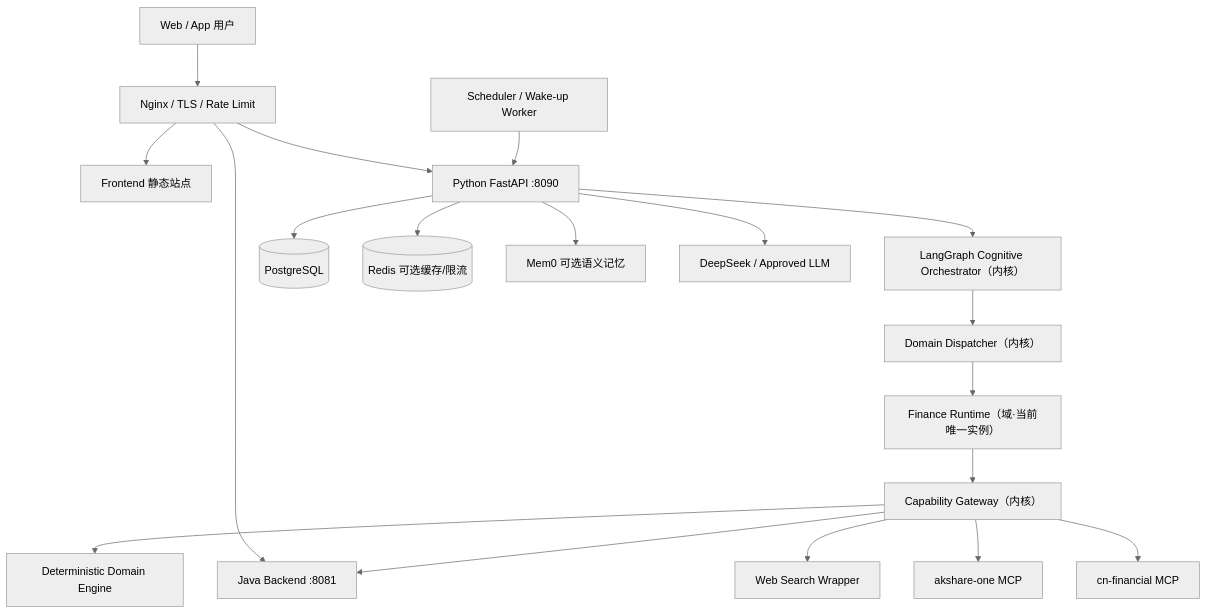
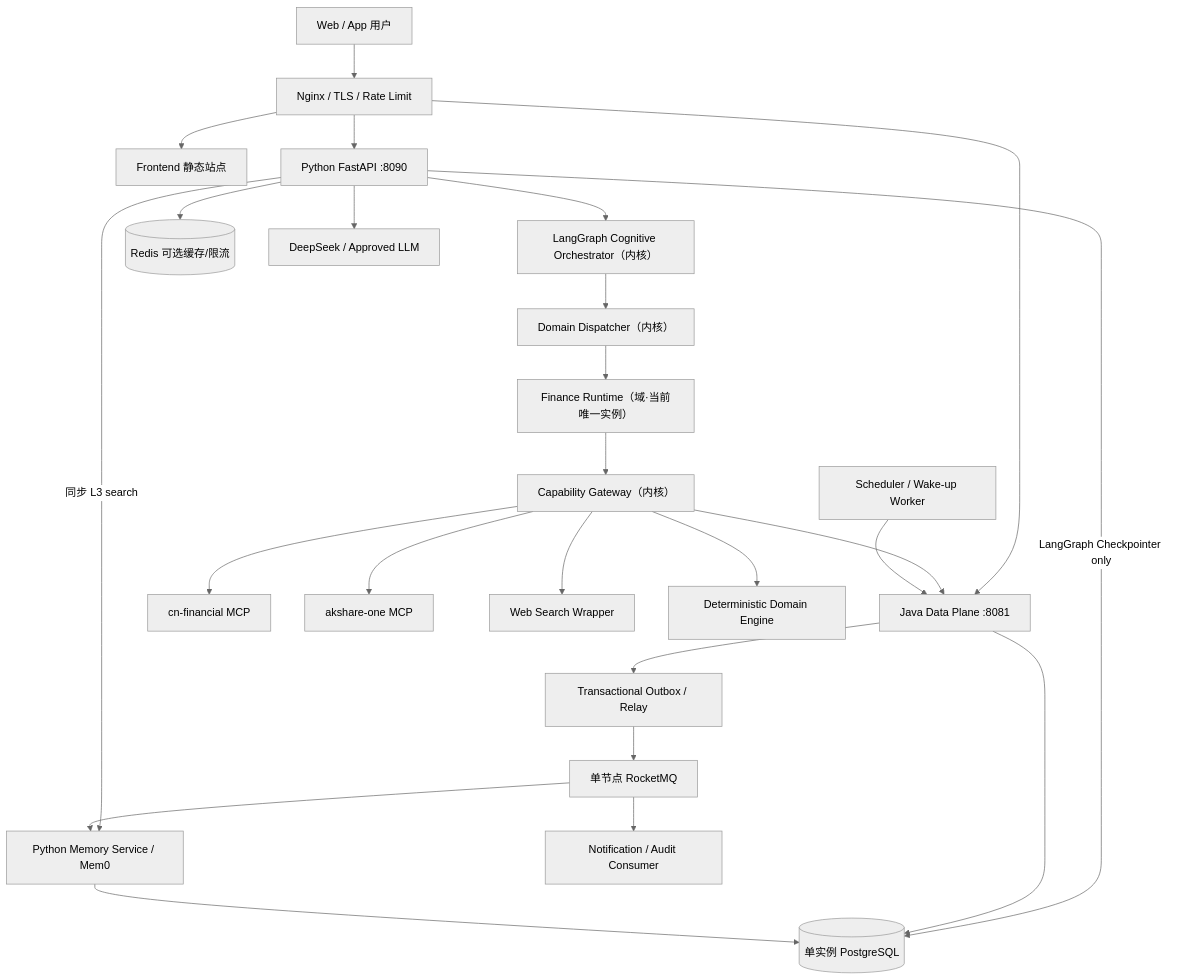
One commit to umaruyuca-cmyk/bdlhxny-agent changed the first of 3 diagrams in docs/architecture/00-BDLH-Agent-Runtime统一生产架构.md. Above: the diagram before and after it, drawn with Mermaid (neutral theme). The commit also changed other lines of this file and 38 other files, not shown here.

````diff
--- a/docs/architecture/00-BDLH-Agent-Runtime统一生产架构.md
+++ b/docs/architecture/00-BDLH-Agent-Runtime统一生产架构.md
@@ -234,25 +238,31 @@
 ```mermaid
 flowchart TB
     USER["Web / App 用户"] --> EDGE["Nginx / TLS / Rate Limit"]
     EDGE --> FE["Frontend 静态站点"]
     EDGE --> PYAPI["Python FastAPI :8090"]
-    EDGE --> JAVA["Java Backend :8081"]
+    EDGE --> JAVA["Java Data Plane :8081"]
 
     PYAPI --> COG["LangGraph Cognitive Orchestrator（内核）"]
     COG --> DISP["Domain Dispatcher（内核）"]
     DISP --> FIN["Finance Runtime（域·当前唯一实例）"]
     FIN --> CAP["Capability Gateway（内核）"]
 
     CAP --> MCP1["cn-financial MCP"]
     CAP --> MCP2["akshare-one MCP"]
     CAP --> SEARCH["Web Search Wrapper"]
     CAP --> JAVA
     CAP --> ENGINE["Deterministic Domain Engine"]
 
-    PYAPI --> PG[("PostgreSQL")]
+    PYAPI -->|"LangGraph Checkpointer only"| PG[("单实例 PostgreSQL")]
     PYAPI --> REDIS[("Redis 可选缓存/限流")]
-    PYAPI --> MEM["Mem0 可选语义记忆"]
+    PYAPI -->|"同步 L3 search"| MEM["Python Memory Service / Mem0"]
     PYAPI --> LLM["DeepSeek / Approved LLM"]
 
-    SCHED["Scheduler / Wake-up Worker"] --> PYAPI
+    JAVA --> PG
+    MEM --> PG
+    JAVA --> OUTBOX["Transactional Outbox / Relay"]
+    OUTBOX --> MQ["单节点 RocketMQ"]
+    MQ --> MEM
+    MQ --> WORKER["Notification / Audit Consumer"]
+    SCHED["Scheduler / Wake-up Worker"] --> JAVA
 ```
````
